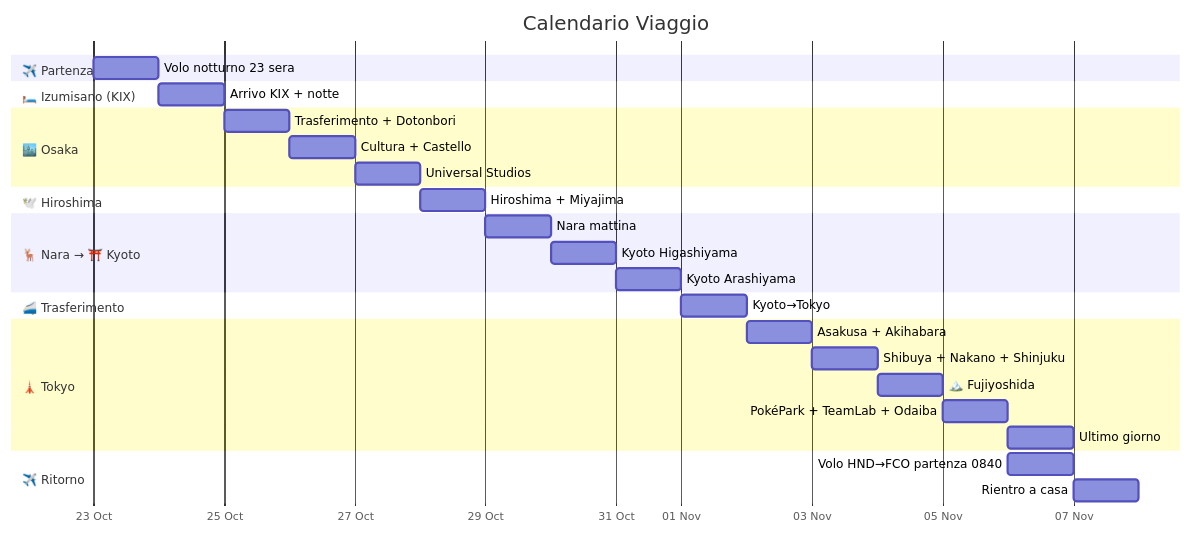
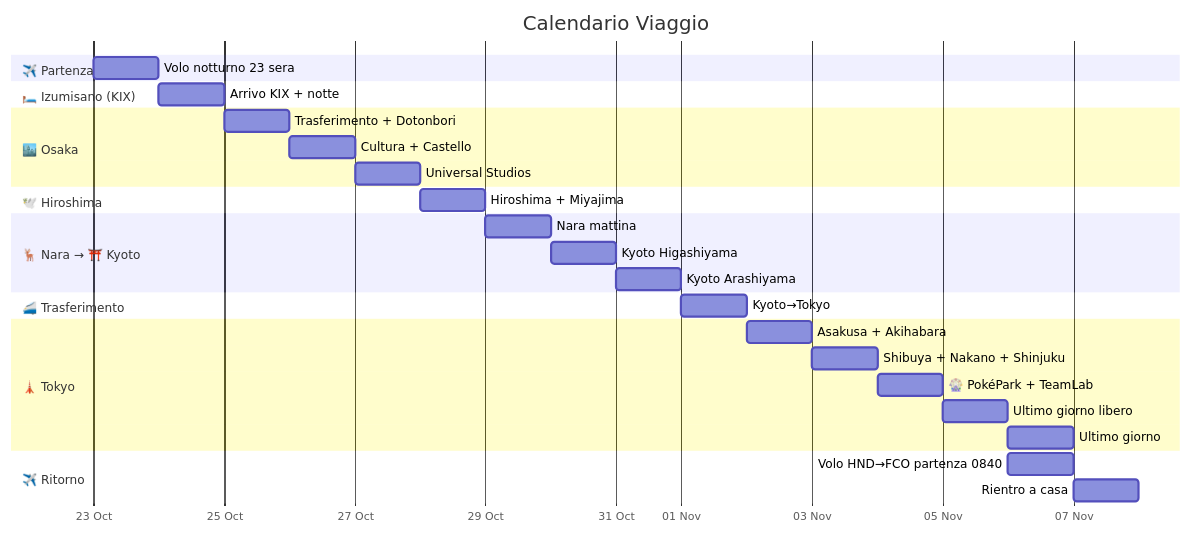
The second of 3 diagrams in Itinerari/Japan/2026/Itinerario-Giappone-23ott-6nov2026.md (LorenzoPolito/Travel-Vault), drawn with Mermaid before and after one commit. The commit also changed other lines of this file and 20 other files, not shown here.

Commit message:
Giappone 2026: PokéPark+TeamLab al 4 nov e ultimo giorno libero (Fuji rimosso); fix link rotti e immagini su pagine linkate

````diff
--- a/Itinerari/Japan/2026/Itinerario-Giappone-23ott-6nov2026.md
+++ b/Itinerari/Japan/2026/Itinerario-Giappone-23ott-6nov2026.md
@@ -82,39 +82,39 @@
 ```mermaid
 gantt
     title Calendario Viaggio
     dateFormat  YYYY-MM-DD
     axisFormat  %d %b
 
     section ✈️ Partenza
     Volo notturno 23 sera   :g1, 2026-10-23, 1d
 
     section 🛏️ Izumisano (KIX)
     Arrivo KIX + notte      :g2, 2026-10-24, 1d
 
     section 🏙️ Osaka
     Trasferimento + Dotonbori :g3, 2026-10-25, 1d
     Cultura + Castello     :2026-10-26, 1d
     Universal Studios      :2026-10-27, 1d
 
     section 🕊️ Hiroshima
     Hiroshima + Miyajima   :2026-10-28, 1d
 
     section 🦌 Nara → ⛩️ Kyoto
     Nara mattina           :g7, 2026-10-29, 1d
     Kyoto Higashiyama      :2026-10-30, 1d
     Kyoto Arashiyama       :2026-10-31, 1d
 
     section 🚄 Trasferimento
     Kyoto→Tokyo            :2026-11-01, 1d
 
     section 🗼 Tokyo
     Asakusa + Akihabara    :2026-11-02, 1d
     Shibuya + Nakano + Shinjuku :2026-11-03, 1d
-    🏔️ Fujiyoshida          :2026-11-04, 1d
-    PokéPark + TeamLab + Odaiba :2026-11-05, 1d
+    🎡 PokéPark + TeamLab  :2026-11-04, 1d
+    Ultimo giorno libero  :2026-11-05, 1d
     Ultimo giorno          :2026-11-06, 1d
 
     section ✈️ Ritorno
     Volo HND→FCO partenza 0840 :2026-11-06, 1d
     Rientro a casa           :2026-11-07, 1d
 ```
````
